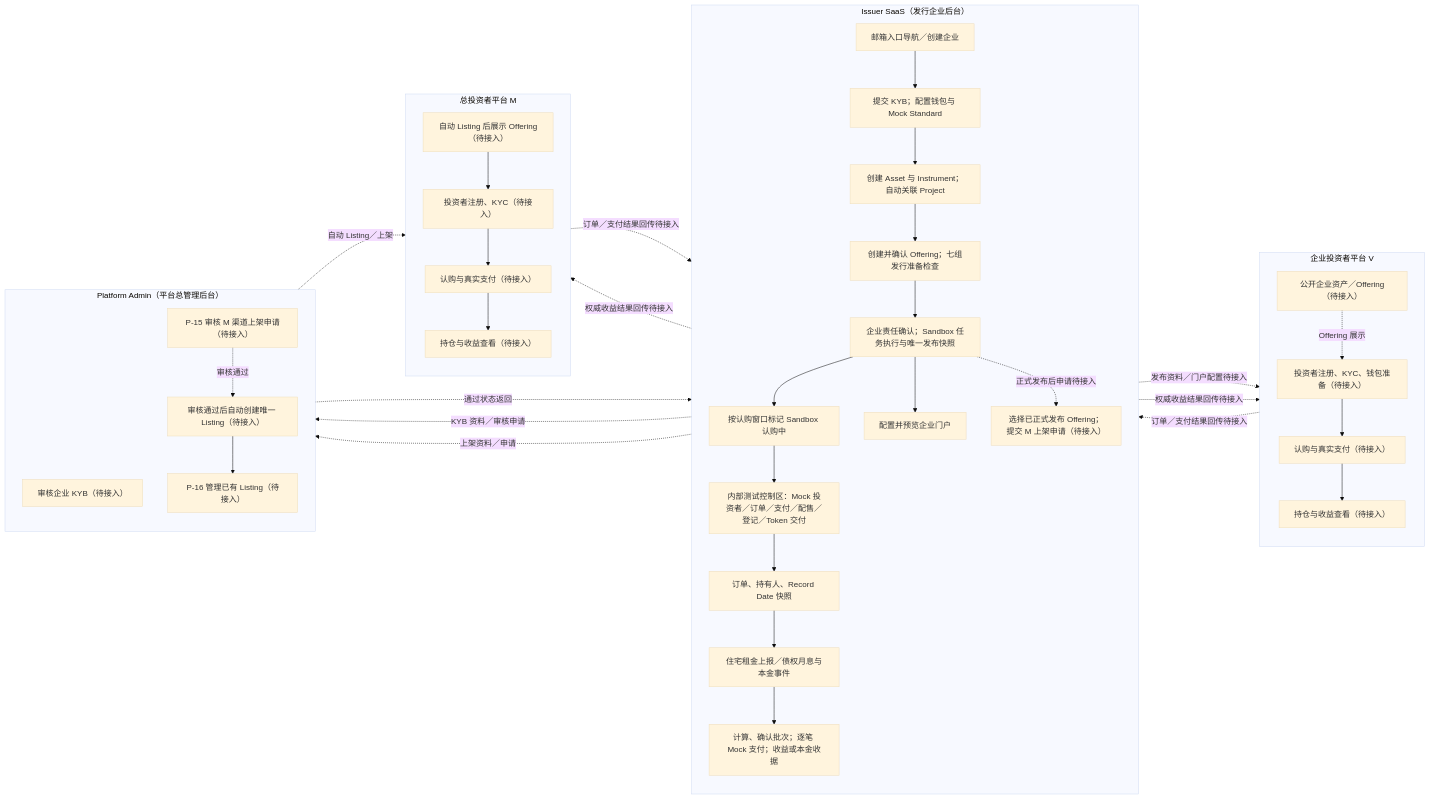
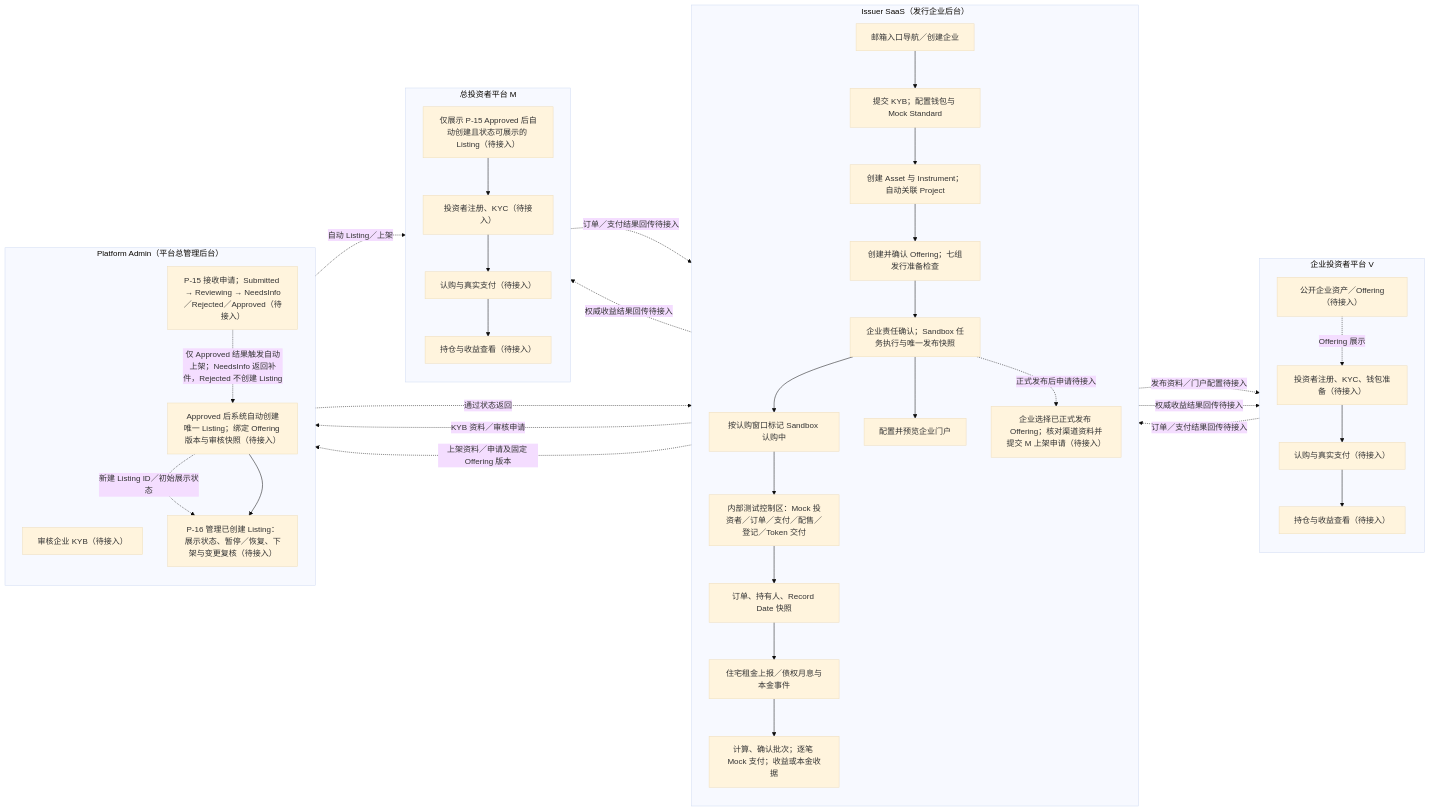
The diagram in docs/RWA 四端业务流程泳道图.md (mirrorshang/rwa-saas-platform), drawn with Mermaid (base theme) before and after one commit. The commit also changed other lines of this file, not shown here.

Commit message:
docs(platform): clarify m-channel approval and auto-listing flow

````diff
--- a/docs/RWA 四端业务流程泳道图.md
+++ b/docs/RWA 四端业务流程泳道图.md
@@ -5,56 +5,57 @@
 ```mermaid
 flowchart LR
   subgraph S[Issuer SaaS（发行企业后台）]
     direction TB
     S1[邮箱入口导航／创建企业]
     S2[提交 KYB；配置钱包与 Mock Standard]
     S3[创建 Asset 与 Instrument；自动关联 Project]
     S4[创建并确认 Offering；七组发行准备检查]
     S5[企业责任确认；Sandbox 任务执行与唯一发布快照]
     S6[按认购窗口标记 Sandbox 认购中]
     S7[内部测试控制区：Mock 投资者／订单／支付／配售／登记／Token 交付]
     S8[订单、持有人、Record Date 快照]
     S9[住宅租金上报／债权月息与本金事件]
     S10[计算、确认批次；逐笔 Mock 支付；收益或本金收据]
     S11[配置并预览企业门户]
-    S12[选择已正式发布 Offering；提交 M 上架申请（待接入）]
+    S12[企业选择已正式发布 Offering；核对渠道资料并提交 M 上架申请（待接入）]
   end
   subgraph V[企业投资者平台 V]
     direction TB
     V1[公开企业资产／Offering（待接入）]
     V2[投资者注册、KYC、钱包准备（待接入）]
     V3[认购与真实支付（待接入）]
     V4[持仓与收益查看（待接入）]
   end
   subgraph M[总投资者平台 M]
     direction TB
-    M1[自动 Listing 后展示 Offering（待接入）]
+    M1[仅展示 P-15 Approved 后自动创建且状态可展示的 Listing（待接入）]
     M2[投资者注册、KYC（待接入）]
     M3[认购与真实支付（待接入）]
     M4[持仓与收益查看（待接入）]
   end
   subgraph P[Platform Admin（平台总管理后台）]
     direction TB
     P1[审核企业 KYB（待接入）]
-    P2[P-15 审核 M 渠道上架申请（待接入）]
-    P3[审核通过后自动创建唯一 Listing（待接入）]
-    P4[P-16 管理已有 Listing（待接入）]
+    P2[P-15 接收申请；Submitted → Reviewing → NeedsInfo／Rejected／Approved（待接入）]
+    P3[Approved 后系统自动创建唯一 Listing；绑定 Offering 版本与审核快照（待接入）]
+    P4[P-16 管理已创建 Listing：展示状态、暂停／恢复、下架与变更复核（待接入）]
   end
   S1 --> S2
   S2 -. KYB 资料／审核申请 .-> P1
   P1 -. 通过状态返回 .-> S3
   S2 --> S3 --> S4 --> S5 --> S6 --> S7 --> S8 --> S9 --> S10
   S5 --> S11
   S11 -. 发布资料／门户配置待接入 .-> V1
   V1 -. Offering 展示 .-> V2 --> V3 --> V4
   V3 -. 订单／支付结果回传待接入 .-> S8
   S10 -. 权威收益结果回传待接入 .-> V4
   S5 -. 正式发布后申请待接入 .-> S12
-  S12 -. 上架资料／申请 .-> P2
-  P2 -. 审核通过 .-> P3
+  S12 -. 上架资料／申请及固定 Offering 版本 .-> P2
+  P2 -. 仅 Approved 结果触发自动上架；NeedsInfo 返回补件，Rejected 不创建 Listing .-> P3
   P3 -. 自动 Listing／上架 .-> M1
+  P3 -. 新建 Listing ID／初始展示状态 .-> P4
   P3 --> P4
   M1 --> M2 --> M3 --> M4
   M3 -. 订单／支付结果回传待接入 .-> S8
   S10 -. 权威收益结果回传待接入 .-> M4
 ```
````
